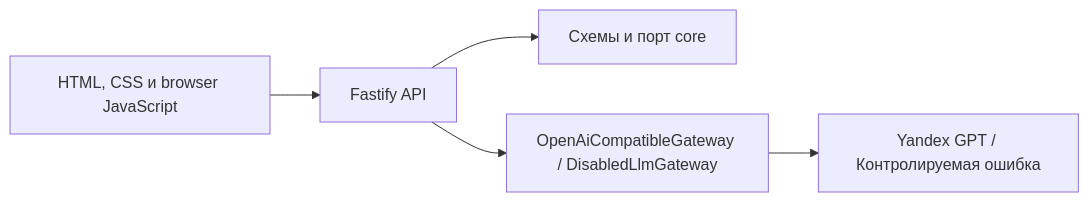
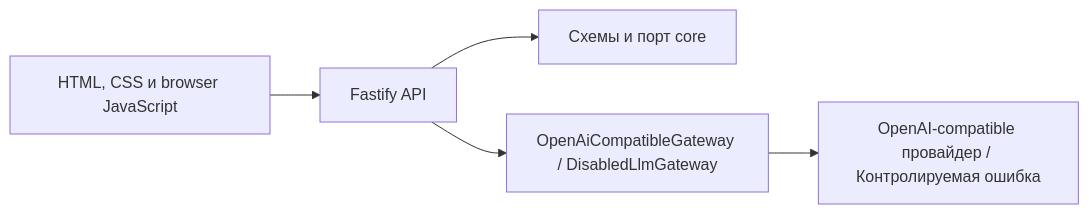
One commit to ashikov/uo-request-generator changed the diagram in docs/ARCHITECTURE.md. Above: the diagram before and after it, drawn with Mermaid. The commit also changed other lines of this file and 2 other files, not shown here.

Commit message:
docs: clarify OpenAI-compatible provider setup

````diff
--- a/docs/ARCHITECTURE.md
+++ b/docs/ARCHITECTURE.md
@@ -8,7 +8,7 @@
 ```mermaid
 flowchart LR
     Browser[HTML, CSS и browser JavaScript] --> Route[Fastify API]
     Route --> Core[Схемы и порт core]
     Route --> Adapter[OpenAiCompatibleGateway / DisabledLlmGateway]
-    Adapter --> LLM[Yandex GPT / Контролируемая ошибка]
+    Adapter --> LLM[OpenAI-compatible провайдер / Контролируемая ошибка]
 ```
````
